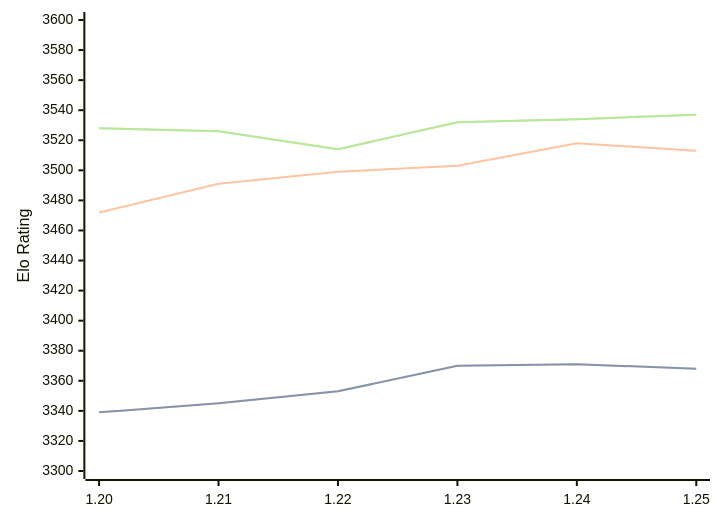
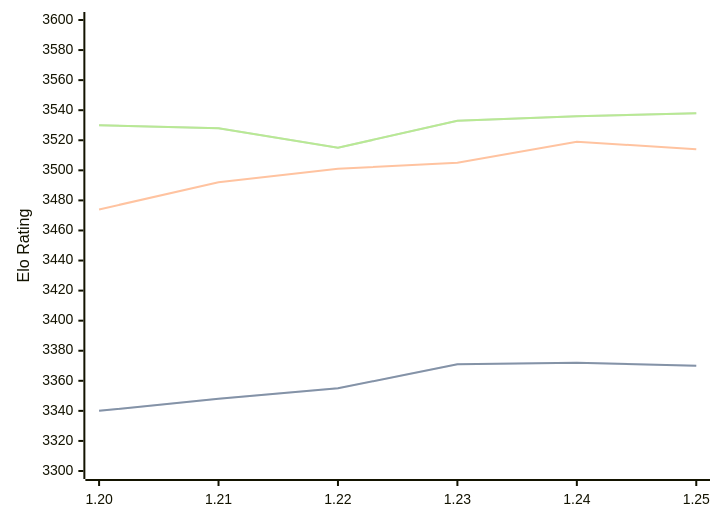
The diagram in engines/Caissa.md (computer-chess-index/cci), drawn with Mermaid before and after one commit. The commit also changed other lines of this file, not shown here.

Commit message:
Update CCI Ratings (ELO VLTC) - 2026-06-11

````diff
--- a/engines/Caissa.md
+++ b/engines/Caissa.md
@@ -65,11 +65,11 @@
 ```mermaid
 %%{init: {"theme":"base","themeVariables":{"seriesColors:['#a3a3a3','#222221','#faa371']}}}%%
 xychart-beta
   x-axis ["1.20", "1.21", "1.22", "1.23", "1.24", "1.25"]
   y-axis "Elo Rating" 3300 --> 3600
-  line "STC (8.0+0.08s)" [3339, 3345, 3353, 3370, 3371, 3368]
-  line "STC (8.0+0.08s)" [3339, 3345, 3353, 3370, 3371, 3368]
-  line "LTC (60.0+0.60s)" [3472, 3491, 3499, 3503, 3518, 3513]
-  line "VLTC (2m24s+1.12s)" [3528, 3526, 3514, 3532, 3534, 3537]
-  line "VLTC (2m24s+1.12s)" [3528, 3526, 3514, 3532, 3534, 3537]
+  line "STC (8.0+0.08s)" [3340, 3348, 3355, 3371, 3372, 3370]
+  line "STC (8.0+0.08s)" [3340, 3348, 3355, 3371, 3372, 3370]
+  line "LTC (60.0+0.60s)" [3474, 3492, 3501, 3505, 3519, 3514]
+  line "VLTC (2m24s+1.12s)" [3530, 3528, 3515, 3533, 3536, 3538]
+  line "VLTC (2m24s+1.12s)" [3530, 3528, 3515, 3533, 3536, 3538]
 ```
````
